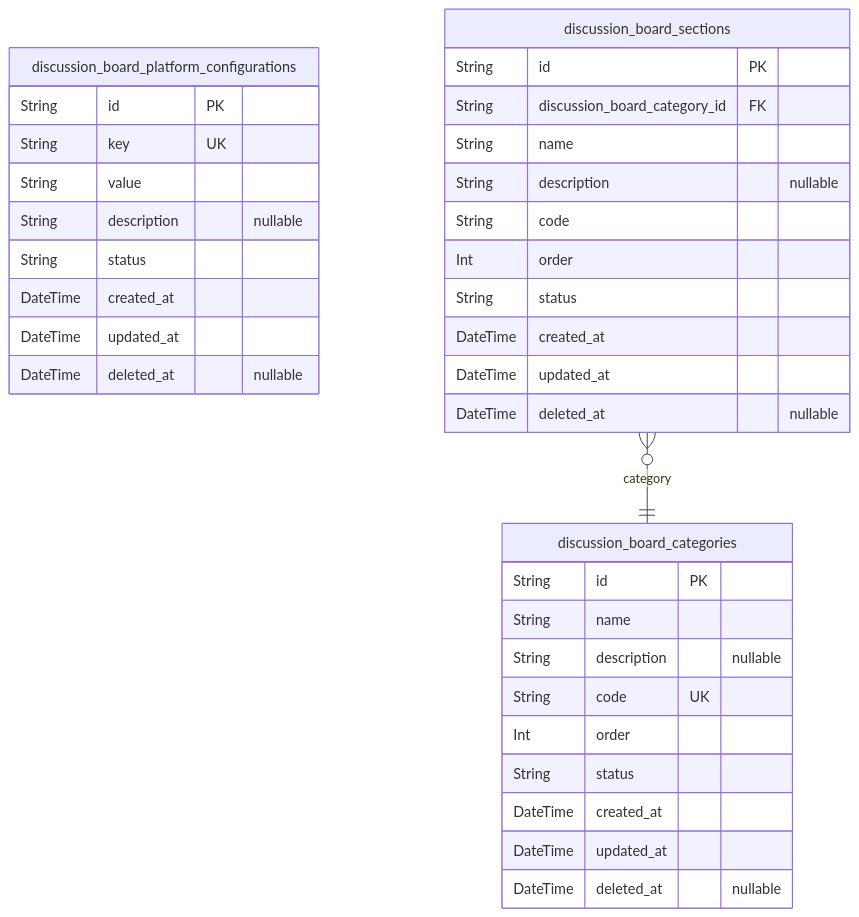
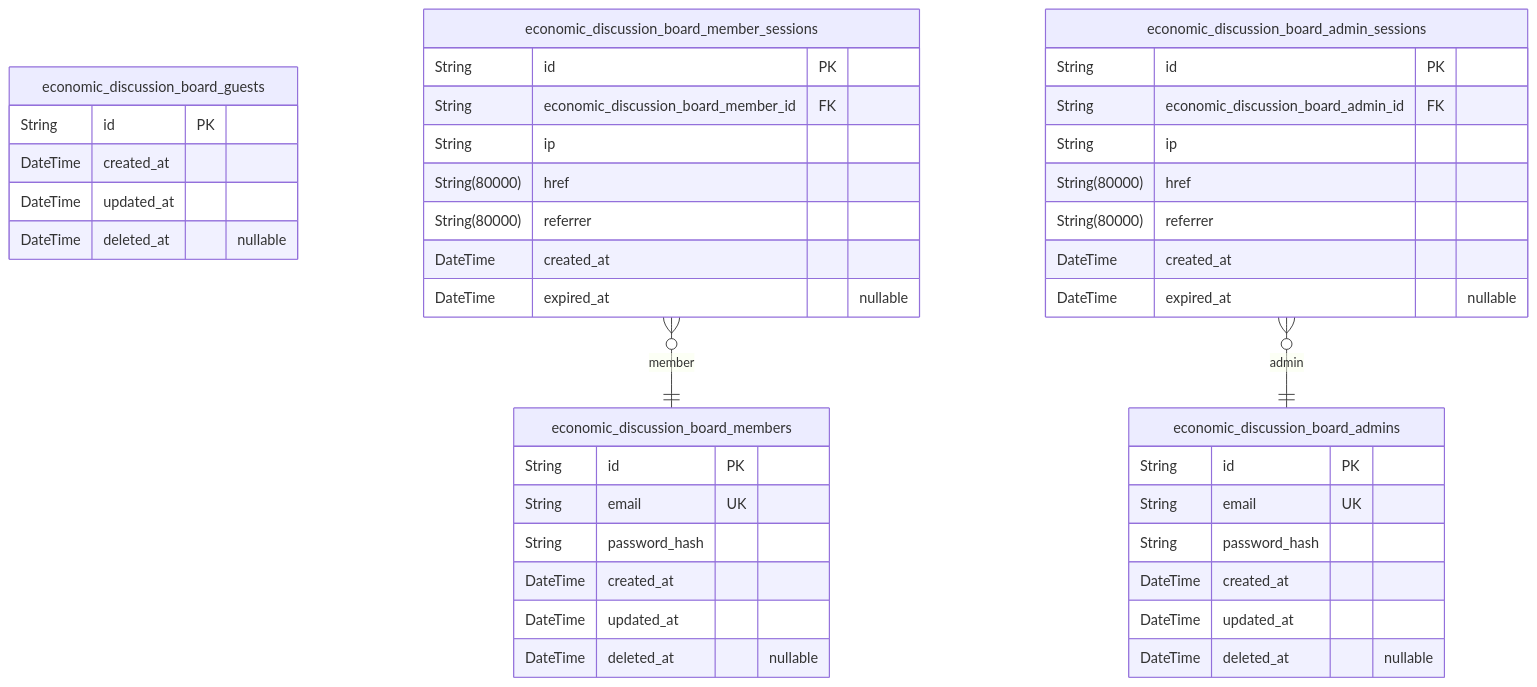
One commit to wrtnlabs/autobe-examples changed the first of 3 diagrams in x-ai/grok-code-fast-1/bbs/docs/ERD.md. Above: the diagram before and after it, drawn with Mermaid. The commit also changed other lines of this file and 3569 other files, not shown here.

````diff
--- a/x-ai/grok-code-fast-1/bbs/docs/ERD.md
+++ b/x-ai/grok-code-fast-1/bbs/docs/ERD.md
@@ -11,37 +11,45 @@
 ```mermaid
 erDiagram
-"discussion_board_platform_configurations" {
+"economic_discussion_board_guests" {
   String id PK
-  String key UK
-  String value
-  String description "nullable"
-  String status
   DateTime created_at
   DateTime updated_at
   DateTime deleted_at "nullable"
 }
-"discussion_board_categories" {
+"economic_discussion_board_members" {
   String id PK
-  String name
-  String description "nullable"
-  String code UK
-  Int order
-  String status
+  String email UK
+  String password_hash
   DateTime created_at
   DateTime updated_at
   DateTime deleted_at "nullable"
 }
-"discussion_board_sections" {
+"economic_discussion_board_admins" {
   String id PK
-  String discussion_board_category_id FK
-  String name
-  String description "nullable"
-  String code
-  Int order
-  String status
+  String email UK
+  String password_hash
   DateTime created_at
   DateTime updated_at
   DateTime deleted_at "nullable"
 }
-"discussion_board_sections" }o--|| "discussion_board_categories" : category
+"economic_discussion_board_member_sessions" {
+  String id PK
+  String economic_discussion_board_member_id FK
+  String ip
+  String(80000) href
+  String(80000) referrer
+  DateTime created_at
+  DateTime expired_at "nullable"
+}
+"economic_discussion_board_admin_sessions" {
+  String id PK
+  String economic_discussion_board_admin_id FK
+  String ip
+  String(80000) href
+  String(80000) referrer
+  DateTime created_at
+  DateTime expired_at "nullable"
+}
+"economic_discussion_board_member_sessions" }o--|| "economic_discussion_board_members" : member
+"economic_discussion_board_admin_sessions" }o--|| "economic_discussion_board_admins" : admin
 ```
````
